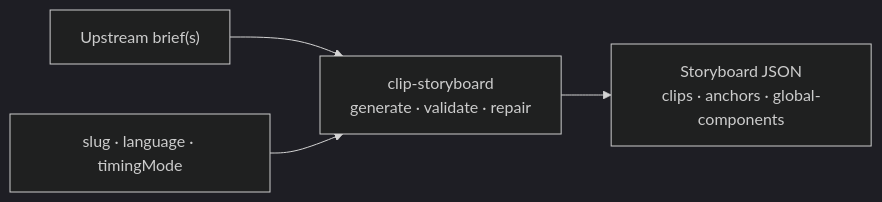
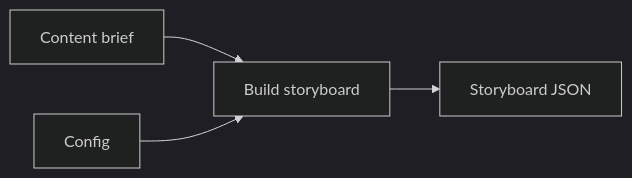
The diagram in nodes/clip-storyboard/NODE.md (etrobot/vibe-node-flow), drawn with Mermaid (dark theme) before and after one commit. The commit also changed other lines of this file and 103 other files, not shown here.

````diff
--- a/nodes/clip-storyboard/NODE.md
+++ b/nodes/clip-storyboard/NODE.md
@@ -1,6 +1,6 @@
 ```mermaid
 flowchart LR
-  Brief["Upstream brief(s)"] --> CS["clip-storyboard\ngenerate · validate · repair"]
-  Config["slug · language · timingMode"] --> CS
-  CS --> JSON["Storyboard JSON\nclips · anchors · global-components"]
+  Brief["Content brief"] --> CS["Build storyboard"]
+  Config["Config"] --> CS
+  CS --> JSON["Storyboard JSON"]
 ```
````
